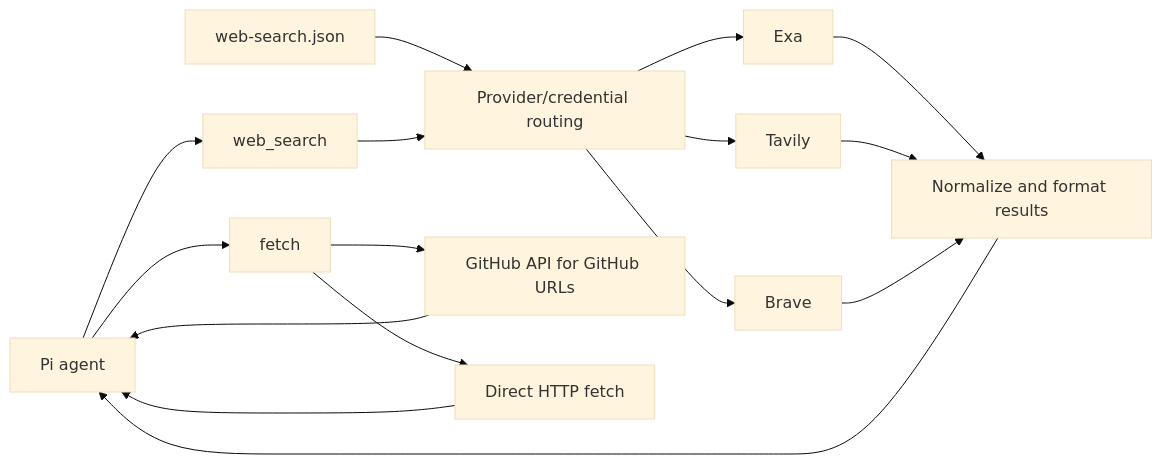
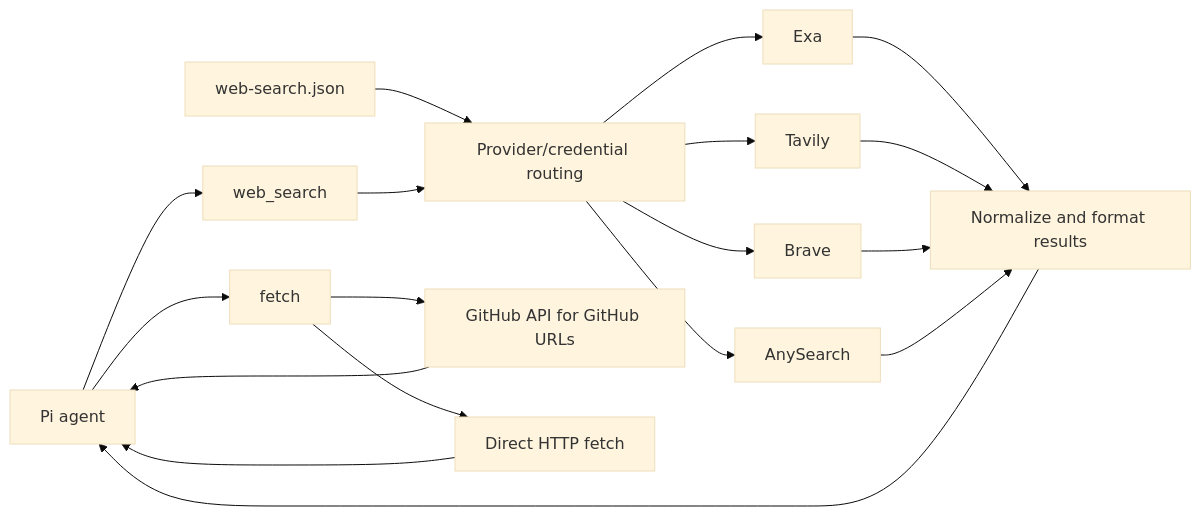
The diagram in README.md (wduo87391/pi-search-control), drawn with Mermaid (base theme) before and after one commit. The commit also changed other lines of this file and 15 other files, not shown here.

Commit message:
Add AnySearch provider with estimator and credential allowance

````diff
--- a/README.md
+++ b/README.md
@@ -12,18 +12,20 @@
 ```mermaid
 flowchart LR
     Agent[Pi agent] --> Search[web_search]
     Agent --> Fetch[fetch]
     Config[web-search.json] --> Router[Provider/credential routing]
     Search --> Router
     Router --> Exa[Exa]
     Router --> Tavily[Tavily]
     Router --> Brave[Brave]
+    Router --> AnySearch[AnySearch]
     Exa --> Normalize[Normalize and format results]
     Tavily --> Normalize
     Brave --> Normalize
+    AnySearch --> Normalize
     Normalize --> Agent
     Fetch --> GitHub[GitHub API for GitHub URLs]
     Fetch --> HTTP[Direct HTTP fetch]
     GitHub --> Agent
     HTTP --> Agent
 ```
````
